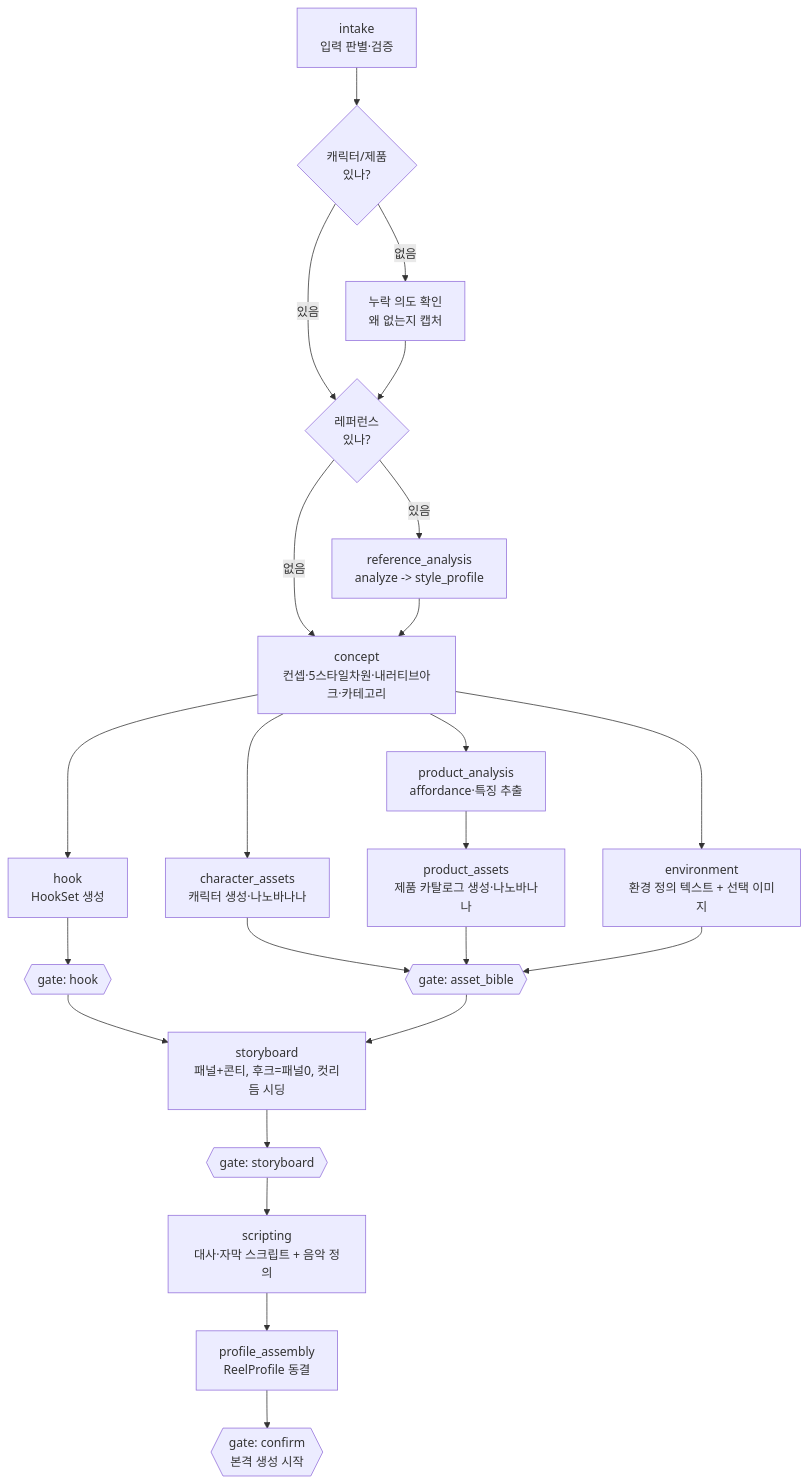
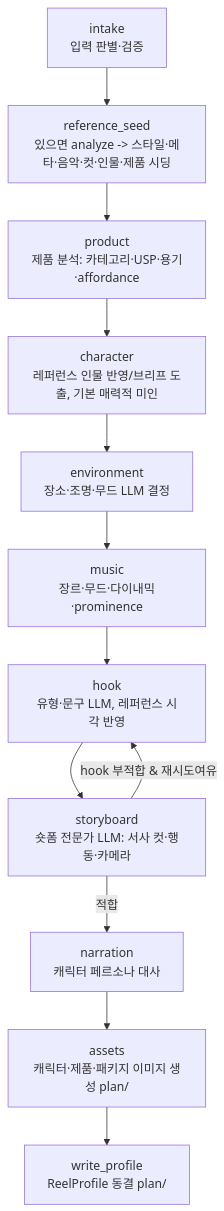
One commit to shalomeir/reel-gen-agent changed the second of 3 diagrams in specs/workflows.md. Above: the diagram before and after it, drawn with Mermaid. The commit also changed other lines of this file and 2 other files, not shown here.

````diff
--- a/specs/workflows.md
+++ b/specs/workflows.md
@@ -75,25 +79,14 @@
 ```mermaid
 flowchart TD
-    intake[intake<br/>입력 판별·검증] --> miss{캐릭터/제품<br/>있나?}
-    miss -- 없음 --> ask_intent[누락 의도 확인<br/>왜 없는지 캡처]
-    miss -- 있음 --> refq
-    ask_intent --> refq{레퍼런스<br/>있나?}
-    refq -- 있음 --> ref[reference_analysis<br/>analyze -> style_profile]
-    refq -- 없음 --> concept
-    ref --> concept[concept<br/>컨셉·5스타일차원·내러티브아크·카테고리]
-    concept --> hook[hook<br/>HookSet 생성]
-    hook --> hgate{{gate: hook}}
-    concept --> char[character_assets<br/>캐릭터 생성·나노바나나]
-    concept --> afford[product_analysis<br/>affordance·특징 추출]
-    afford --> prod[product_assets<br/>제품 카탈로그 생성·나노바나나]
-    concept --> env[environment<br/>환경 정의 텍스트 + 선택 이미지]
-    char --> agate{{gate: asset_bible}}
-    prod --> agate
-    env --> agate
-    hgate --> story[storyboard<br/>패널+콘티, 후크=패널0, 컷리듬 시딩]
-    agate --> story
-    story --> sgate{{gate: storyboard}}
-    sgate --> script[scripting<br/>대사·자막 스크립트 + 음악 정의]
-    script --> assemble_profile[profile_assembly<br/>ReelProfile 동결]
-    assemble_profile --> pgate{{gate: confirm<br/>본격 생성 시작}}
+    intake[intake<br/>입력 판별·검증] --> ref[reference_seed<br/>있으면 analyze -> 스타일·메타·음악·컷·인물·제품 시딩]
+    ref --> product[product<br/>제품 분석: 카테고리·USP·용기·affordance]
+    product --> char[character<br/>레퍼런스 인물 반영/브리프 도출, 기본 매력적 미인]
+    char --> env[environment<br/>장소·조명·무드 LLM 결정]
+    env --> music[music<br/>장르·무드·다이내믹·prominence]
+    music --> hook[hook<br/>유형·문구 LLM, 레퍼런스 시각 반영]
+    hook --> story[storyboard<br/>숏폼 전문가 LLM: 서사 컷·행동·카메라]
+    story -- hook 부적합 & 재시도여유 --> hook
+    story -- 적합 --> narr[narration<br/>캐릭터 페르소나 대사]
+    narr --> assets[assets<br/>캐릭터·제품·패키지 이미지 생성 plan/]
+    assets --> write[write_profile<br/>ReelProfile 동결 plan/]
 ```
````
